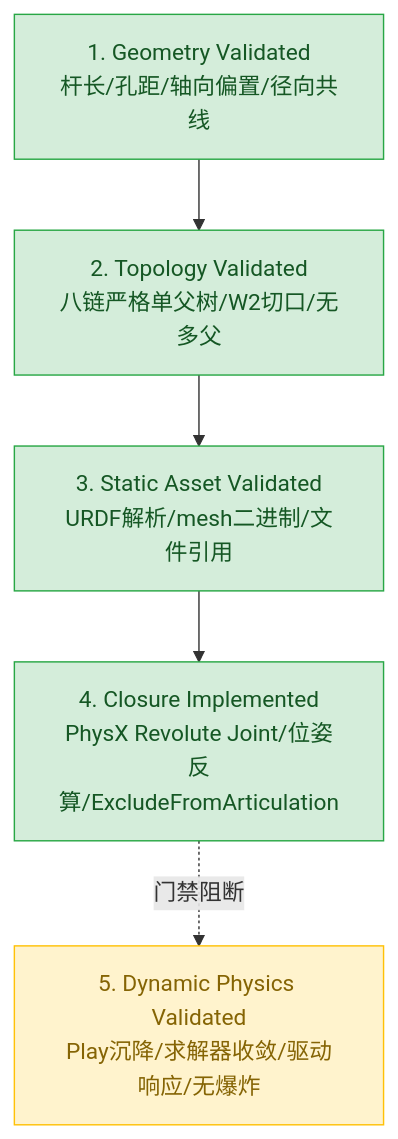
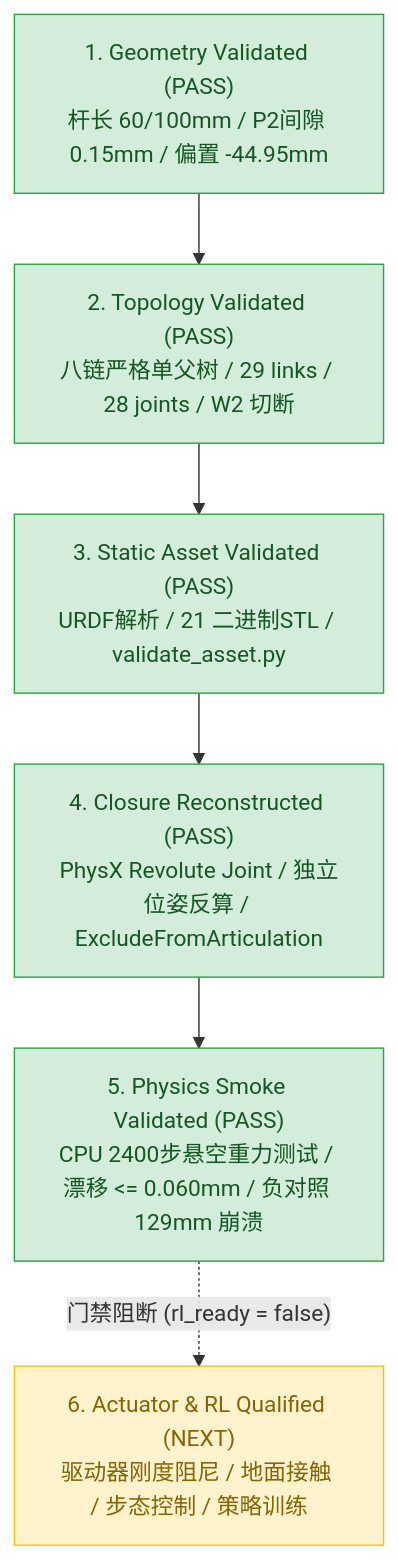
The second of 2 diagrams in page/stackforce/Roadmap与里程碑.md (Kytolly/wiki-tutorial-Isaac), drawn with Mermaid before and after one commit. The commit also changed other lines of this file and 15 other files, not shown here.

First line of the commit message:
refactor(wiki): establish evidence architecture and restore canonical M1-M6 roadmap

````diff
--- a/page/stackforce/Roadmap与里程碑.md
+++ b/page/stackforce/Roadmap与里程碑.md
@@ -76,13 +84,15 @@
 ```mermaid
 flowchart TD
-    G[1. Geometry Validated<br>杆长/孔距/轴向偏置/径向共线] --> T[2. Topology Validated<br>八链严格单父树/W2切口/无多父]
-    T --> S[3. Static Asset Validated<br>URDF解析/mesh二进制/文件引用]
-    S --> C[4. Closure Implemented<br>PhysX Revolute Joint/位姿反算/ExcludeFromArticulation]
-    C -. 门禁阻断 .-> D[5. Dynamic Physics Validated<br>Play沉降/求解器收敛/驱动响应/无爆炸]
+    G["1. Geometry Validated (PASS)<br>杆长 60/100mm / P2间隙 0.15mm / 偏置 -44.95mm"] --> T["2. Topology Validated (PASS)<br>八链严格单父树 / 29 links / 28 joints / W2 切断"]
+    T --> S["3. Static Asset Validated (PASS)<br>URDF解析 / 21 二进制STL / validate_asset.py"]
+    S --> C["4. Closure Reconstructed (PASS)<br>PhysX Revolute Joint / 独立位姿反算 / ExcludeFromArticulation"]
+    C --> P["5. Physics Smoke Validated (PASS)<br>CPU 2400步悬空重力测试 / 漂移 <= 0.060mm / 负对照 129mm 崩溃"]
+    P -. 门禁阻断 (rl_ready = false) .-> D["6. Actuator & RL Qualified (NEXT)<br>驱动器刚度阻尼 / 地面接触 / 步态控制 / 策略训练"]
     
     style G fill:#d4edda,stroke:#28a745,color:#155724
     style T fill:#d4edda,stroke:#28a745,color:#155724
     style S fill:#d4edda,stroke:#28a745,color:#155724
     style C fill:#d4edda,stroke:#28a745,color:#155724
+    style P fill:#d4edda,stroke:#28a745,color:#155724
     style D fill:#fff3cd,stroke:#ffc107,color:#856404
 ```
````
